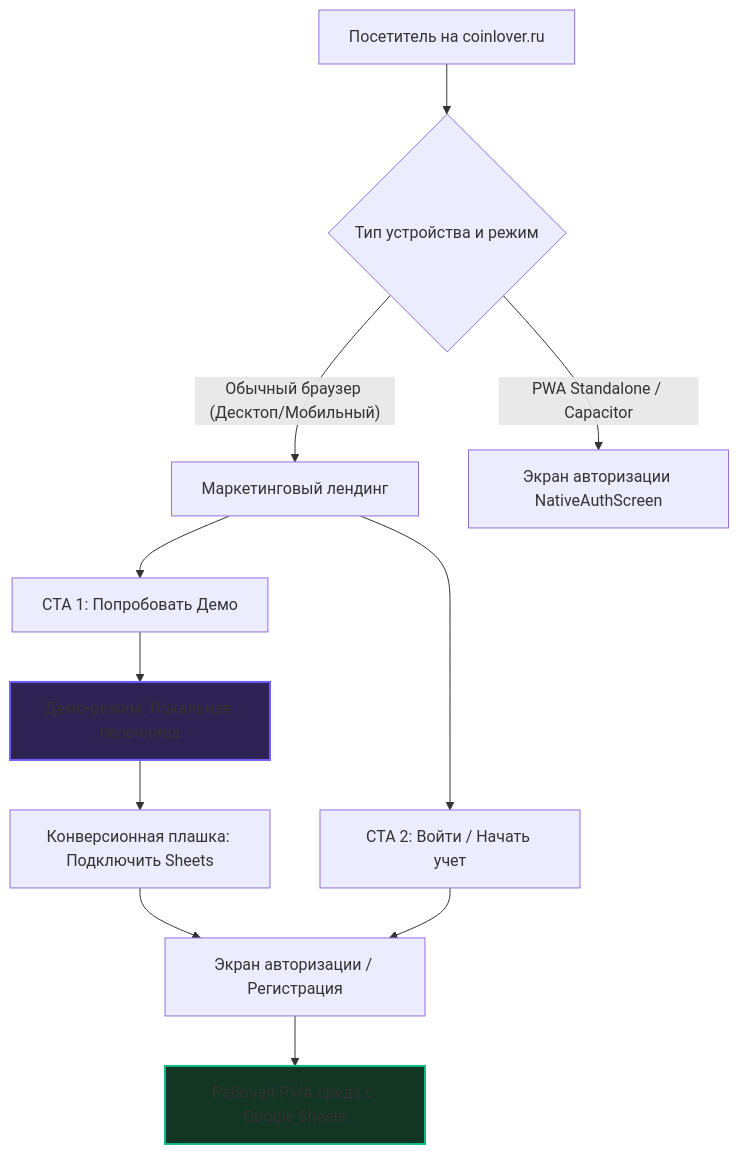
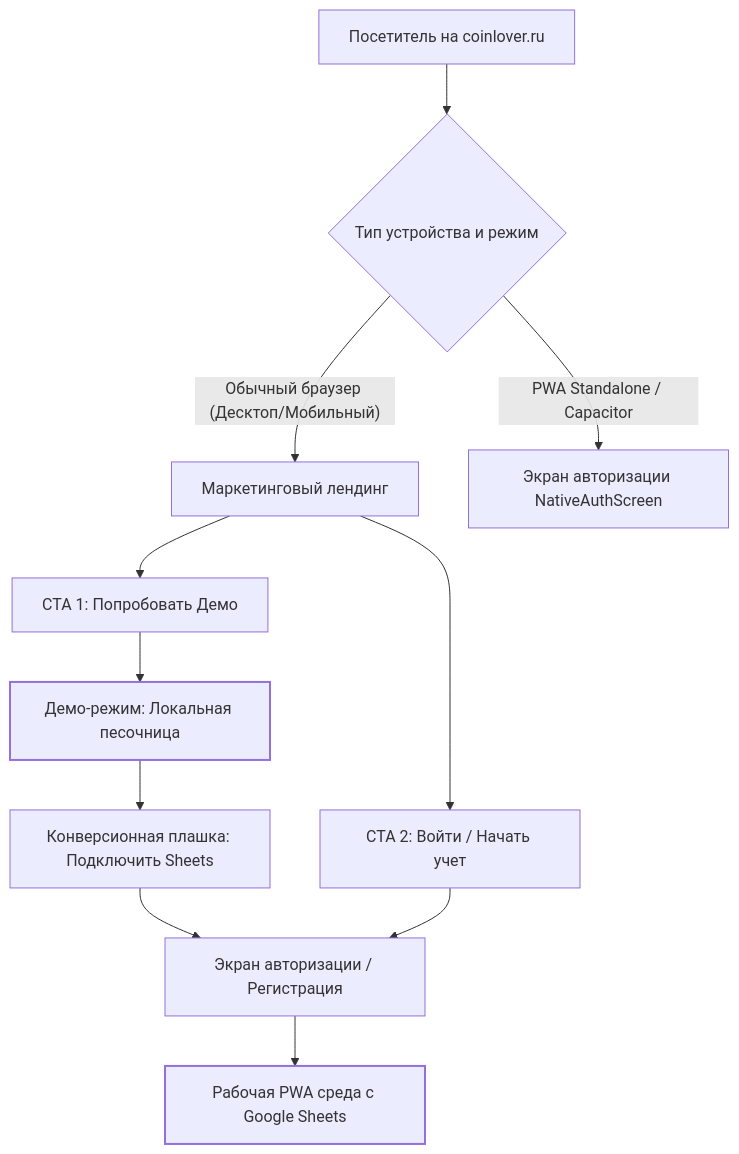
Before and after one commit to falcorrus/coinLover: the diagram in !Docs/product_architecture_proposal.md, drawn with Mermaid. The commit also changed 31 other files, not shown here.

````diff
--- a/!Docs/product_architecture_proposal.md
+++ b/!Docs/product_architecture_proposal.md
@@ -19,19 +19,19 @@
 ```mermaid
 graph TD
     A[Посетитель на coinlover.ru] --> B{Тип устройства и режим}
     B -- Обычный браузер (Десктоп/Мобильный) --> C[Маркетинговый лендинг]
     B -- PWA Standalone / Capacitor --> D[Экран авторизации NativeAuthScreen]
     
     C --> E[CTA 1: Попробовать Демо]
     C --> F[CTA 2: Войти / Начать учет]
     
     E --> G[Демо-режим: Локальная песочница]
     G --> H[Конверсионная плашка: Подключить Sheets]
     H --> I[Экран авторизации / Регистрация]
     
     F --> I
     I --> J[Рабочая PWA среда с Google Sheets]
     
-    style G fill:#2e2252,stroke:#6d5dfc,stroke-width:2px
-    style J fill:#123524,stroke:#10b981,stroke-width:2px
+    style G fill:`#2e2252`,stroke:`#6d5dfc`,stroke-width:2px
+    style J fill:`#123524`,stroke:`#10b981`,stroke-width:2px
 ```
````
